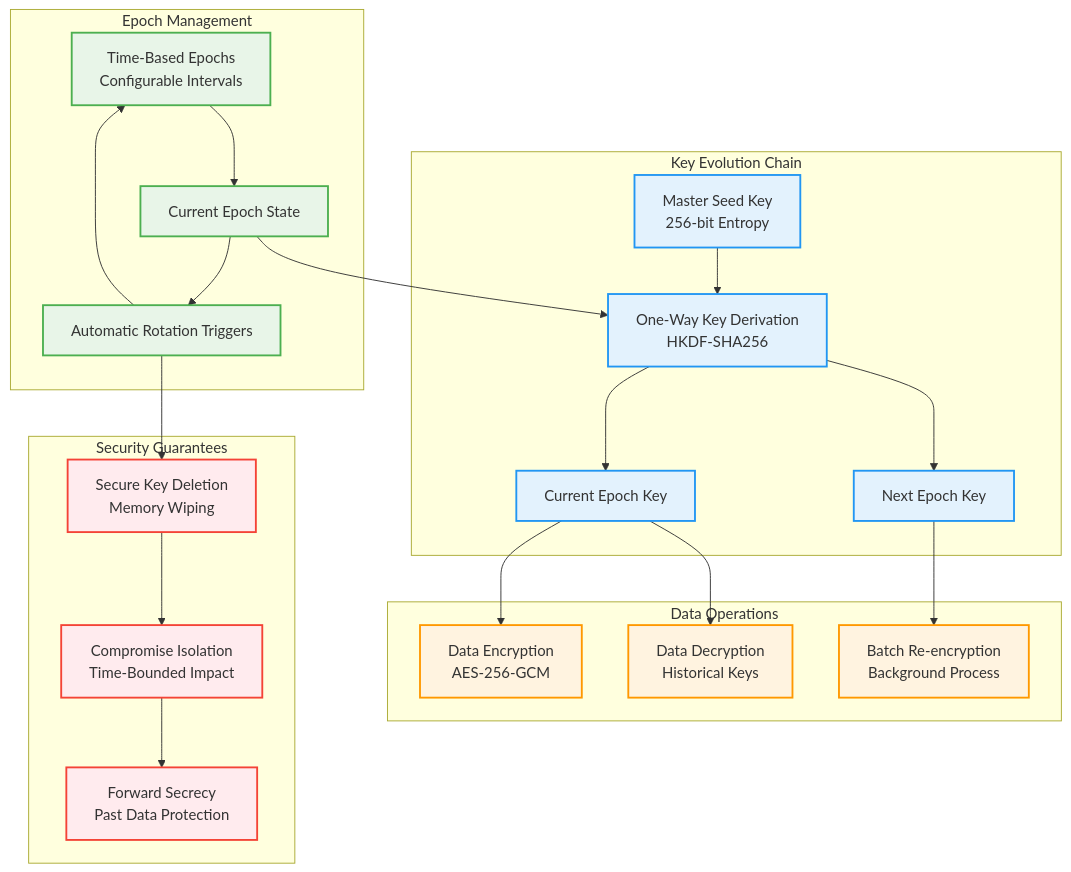
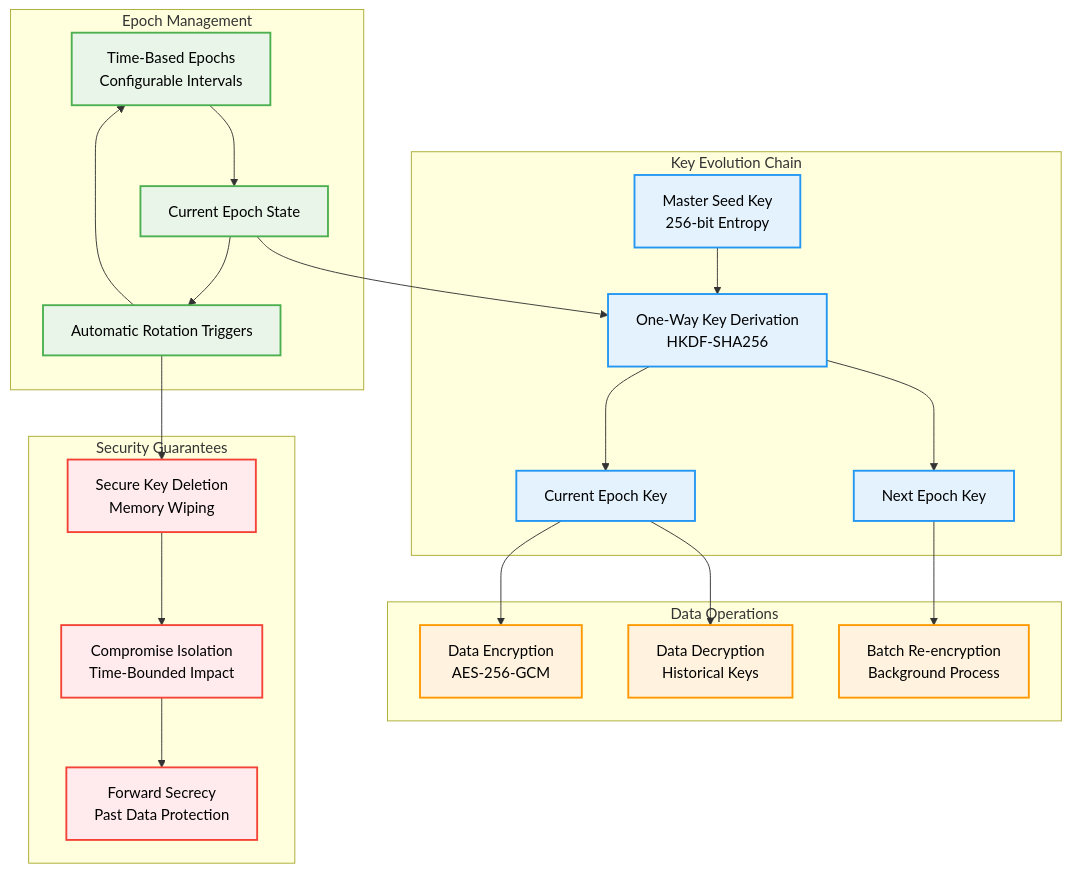
Before and after one commit to Johnsonajibi/DeviceFingerprinting: the fifth of 6 diagrams in README.md, drawn with Mermaid. The commit also changed other lines of this file, not shown here.

First line of the commit message:
fixed text color and background contrast in architectural diagrams

````diff
--- a/README.md
+++ b/README.md
@@ -233,54 +233,54 @@
 ```mermaid
 graph TB
     subgraph "Epoch Management"
         Timer[Time-Based Epochs<br/>Configurable Intervals]
         Current[Current Epoch State]
         Trigger[Automatic Rotation Triggers]
     end
     
     subgraph "Key Evolution Chain"
         MasterSeed[Master Seed Key<br/>256-bit Entropy]
         KDF[One-Way Key Derivation<br/>HKDF-SHA256]
         EpochKey[Current Epoch Key]
         NextKey[Next Epoch Key]
     end
     
     subgraph "Data Operations"
         Encrypt[Data Encryption<br/>AES-256-GCM]
         Decrypt[Data Decryption<br/>Historical Keys]
         ReEncrypt[Batch Re-encryption<br/>Background Process]
     end
     
     subgraph "Security Guarantees"
         Delete[Secure Key Deletion<br/>Memory Wiping]
         Isolate[Compromise Isolation<br/>Time-Bounded Impact]
         Forward[Forward Secrecy<br/>Past Data Protection]
     end
     
     Timer --> Current
     Current --> Trigger
     Trigger --> Timer
     
     MasterSeed --> KDF
     Current --> KDF
     KDF --> EpochKey
     KDF --> NextKey
     
     EpochKey --> Encrypt
     EpochKey --> Decrypt
     NextKey --> ReEncrypt
     
     Trigger --> Delete
     Delete --> Isolate
     Isolate --> Forward
     
-    classDef epoch fill:#e8f5e8,stroke:#4caf50,stroke-width:2px
-    classDef keychain fill:#e3f2fd,stroke:#2196f3,stroke-width:2px
-    classDef operations fill:#fff3e0,stroke:#ff9800,stroke-width:2px
-    classDef security fill:#ffebee,stroke:#f44336,stroke-width:2px
+    classDef epoch fill:#e8f5e8,stroke:#4caf50,stroke-width:2px,color:#000000
+    classDef keychain fill:#e3f2fd,stroke:#2196f3,stroke-width:2px,color:#000000
+    classDef operations fill:#fff3e0,stroke:#ff9800,stroke-width:2px,color:#000000
+    classDef security fill:#ffebee,stroke:#f44336,stroke-width:2px,color:#000000
     
     class Timer,Current,Trigger epoch
     class MasterSeed,KDF,EpochKey,NextKey keychain
     class Encrypt,Decrypt,ReEncrypt operations
     class Delete,Isolate,Forward security
 ```
````
